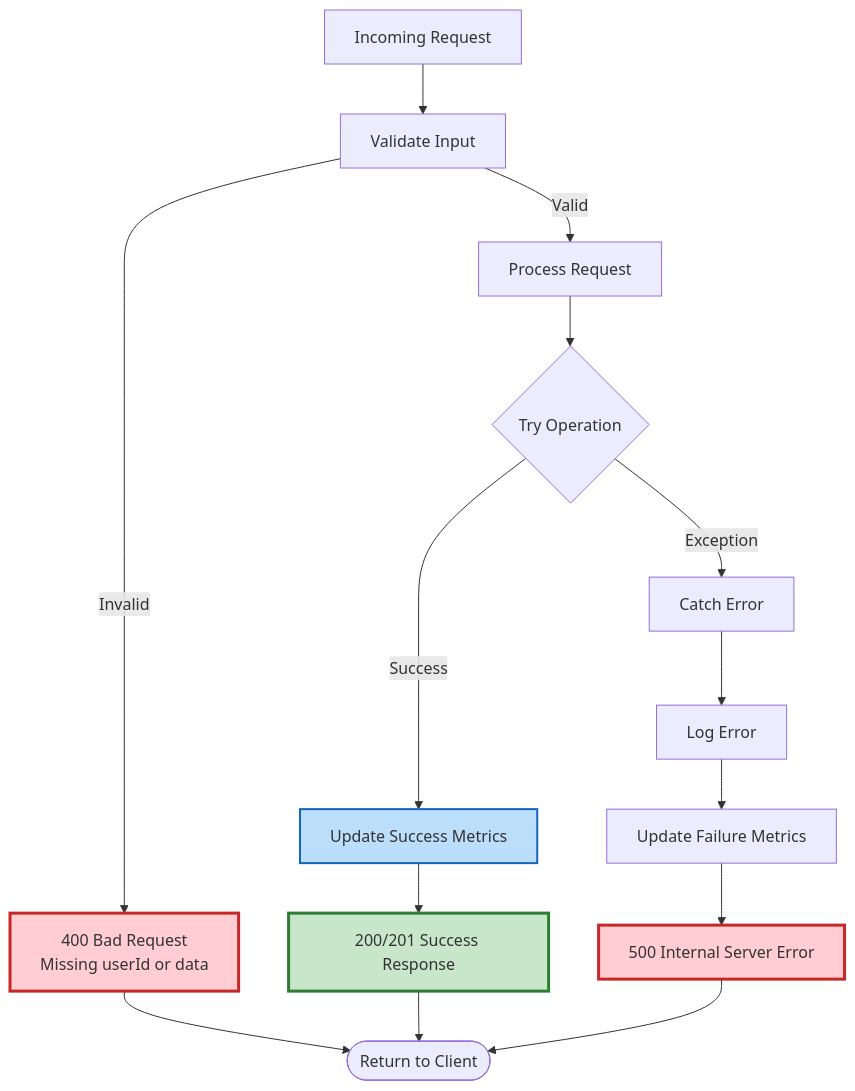
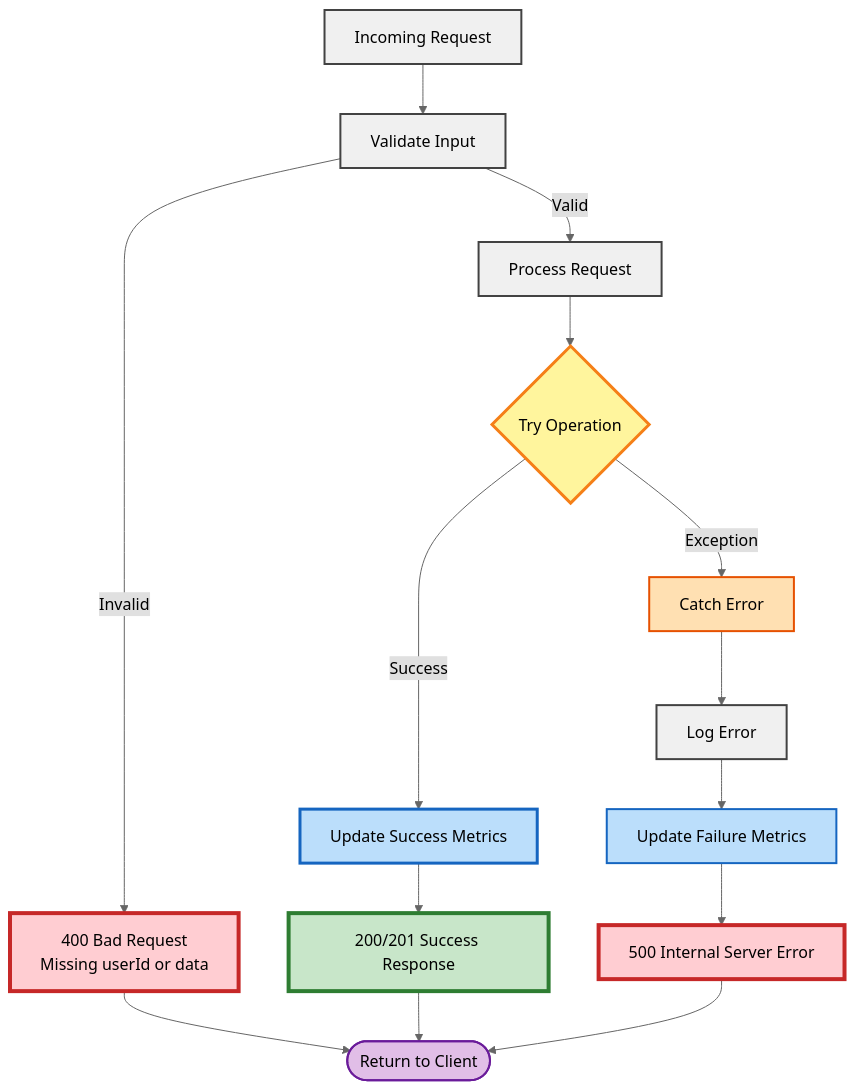
Before and after one commit to Demilade01/sharded-data-service: the ninth of 10 diagrams in ARCHITECTURE.md, drawn with Mermaid. The commit also changed other lines of this file, not shown here.

````diff
--- a/ARCHITECTURE.md
+++ b/ARCHITECTURE.md
@@ -398,27 +408,36 @@
 ```mermaid
+%%{init: {'theme':'base', 'themeVariables': { 'primaryColor':'#e0e0e0','primaryTextColor':'#000','primaryBorderColor':'#424242','lineColor':'#666'}}}%%
 graph TD
     Request[Incoming Request] --> Validate[Validate Input]
 
     Validate -->|Invalid| Error400[400 Bad Request<br/>Missing userId or data]
     Validate -->|Valid| Process[Process Request]
 
     Process --> Try{Try Operation}
 
     Try -->|Success| Metrics[Update Success Metrics]
     Try -->|Exception| Catch[Catch Error]
 
     Metrics --> Response200[200/201 Success Response]
 
     Catch --> LogError[Log Error]
     LogError --> FailMetrics[Update Failure Metrics]
     FailMetrics --> Error500[500 Internal Server Error]
 
     Response200 --> End([Return to Client])
     Error400 --> End
     Error500 --> End
 
-    style Error400 fill:#ffcdd2,stroke:#c62828,stroke-width:3px
-    style Error500 fill:#ffcdd2,stroke:#c62828,stroke-width:3px
-    style Response200 fill:#c8e6c9,stroke:#2e7d32,stroke-width:3px
-    style Metrics fill:#bbdefb,stroke:#1565c0,stroke-width:2px
+    style Error400 fill:#ffcdd2,stroke:#c62828,stroke-width:4px,color:#000
+    style Error500 fill:#ffcdd2,stroke:#c62828,stroke-width:4px,color:#000
+    style Response200 fill:#c8e6c9,stroke:#2e7d32,stroke-width:4px,color:#000
+    style Metrics fill:#bbdefb,stroke:#1565c0,stroke-width:3px,color:#000
+    style Request fill:#f0f0f0,stroke:#424242,stroke-width:2px,color:#000
+    style Validate fill:#f0f0f0,stroke:#424242,stroke-width:2px,color:#000
+    style Process fill:#f0f0f0,stroke:#424242,stroke-width:2px,color:#000
+    style Try fill:#fff59d,stroke:#f57f17,stroke-width:3px,color:#000
+    style Catch fill:#ffe0b2,stroke:#e65100,stroke-width:2px,color:#000
+    style LogError fill:#f0f0f0,stroke:#424242,stroke-width:2px,color:#000
+    style FailMetrics fill:#bbdefb,stroke:#1565c0,stroke-width:2px,color:#000
+    style End fill:#e1bee7,stroke:#6a1b9a,stroke-width:2px,color:#000
 ```
````
